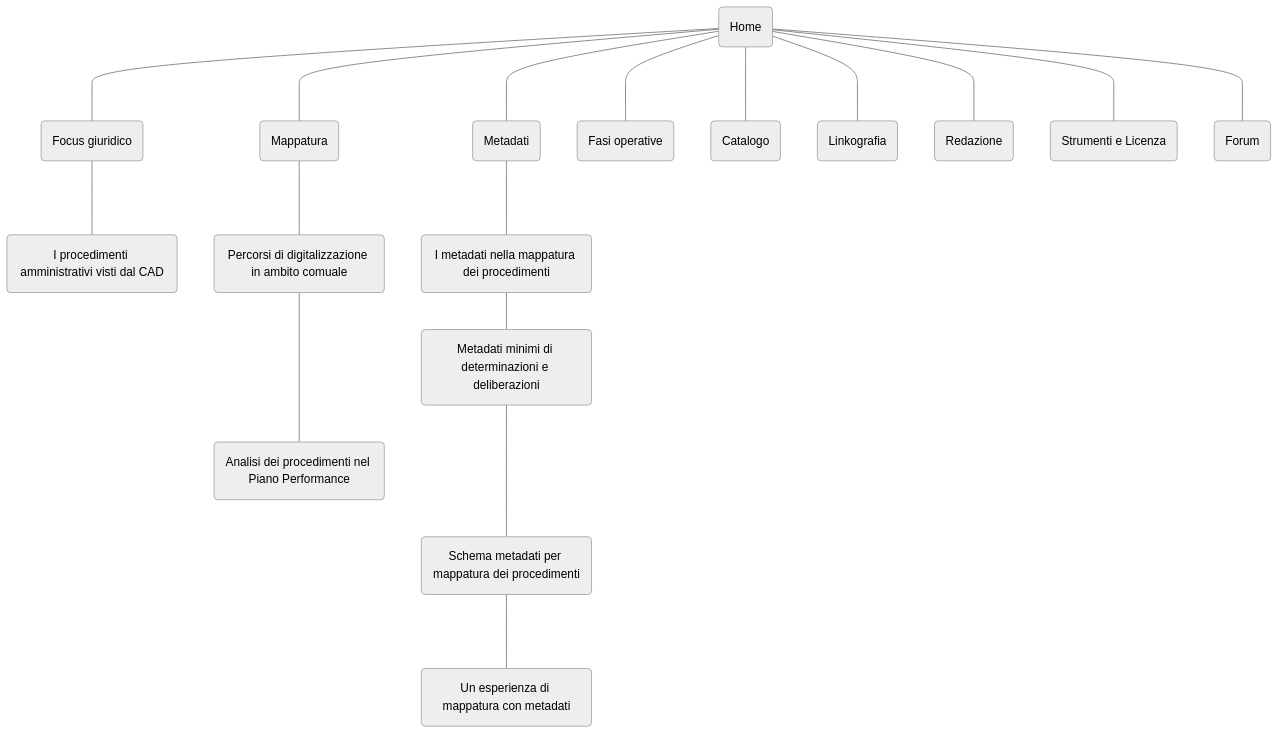
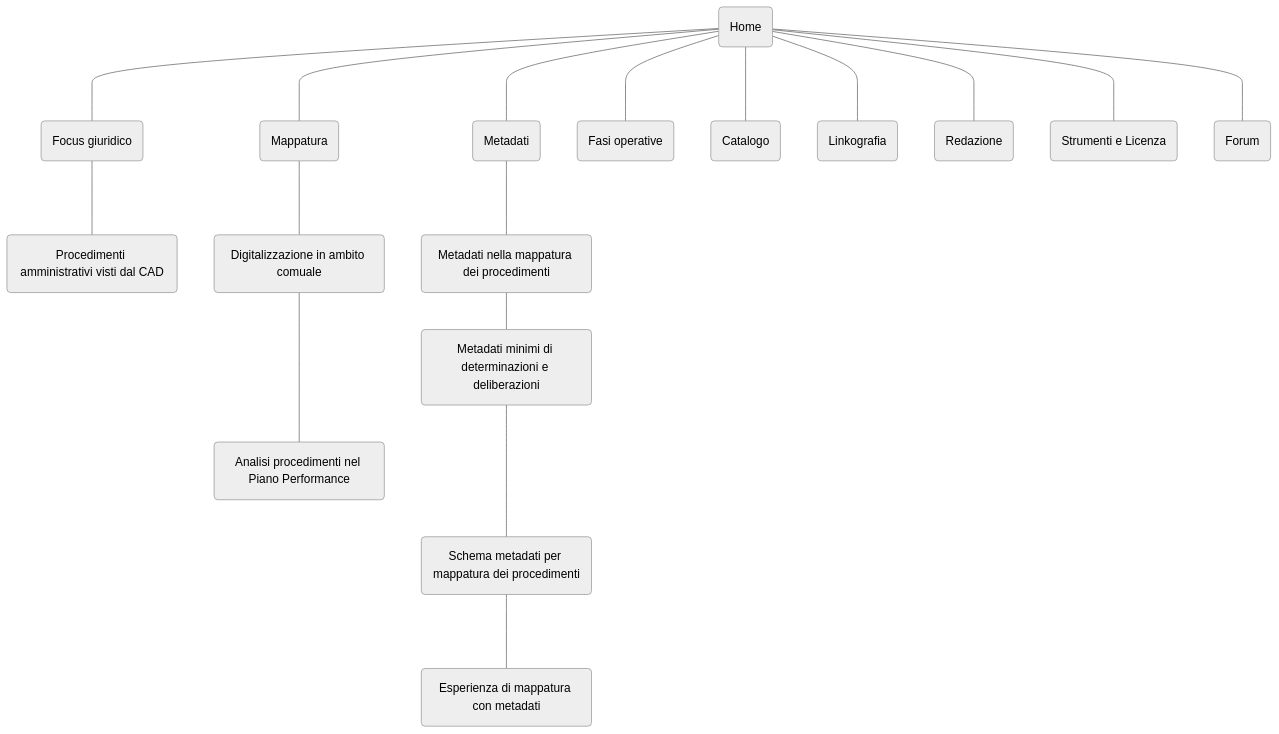
The diagram in docs/site-map.md (UO-TransizioneDigitaleComunePalermo/mappatura-procedimenti-amministrativi), drawn with Mermaid (neutral theme) before and after one commit. The commit also changed other lines of this file, not shown here.

````diff
--- a/docs/site-map.md
+++ b/docs/site-map.md
@@ -40,37 +42,37 @@
 ``` mermaid
 graph TB
 A(Home)
 A ---- B(Focus giuridico);
 A ---- C(Mappatura);
 A ---- D(Metadati);
 A ---- E(Fasi operative);
 A ---- F(Catalogo);
 A ---- G(Linkografia);
 A ---- H(Redazione);
 A ---- I(Strumenti e Licenza);
 A ---- L(Forum);
-B ---- B1(I procedimenti amministrativi visti dal CAD);
-C ---- C1(Percorsi di digitalizzazione in ambito comuale);
-C1 ---- C2(Analisi dei procedimenti nel Piano Performance);
-D ---- D1(I metadati nella mappatura dei procedimenti);
+B ---- B1(Procedimenti amministrativi visti dal CAD);
+C ---- C1(Digitalizzazione in ambito comuale);
+C1 ---- C2(Analisi procedimenti nel Piano Performance);
+D ---- D1(Metadati nella mappatura dei procedimenti);
 D1 --- D2(Metadati minimi di determinazioni e deliberazioni);
 D2 ---- D3(Schema metadati per mappatura dei procedimenti);
-D3 ---- D4(Un esperienza di mappatura con metadati);
+D3 ---- D4(Esperienza di mappatura con metadati);
 click A "https://uo-transizionedigitalecomunepalermo.github.io/mappatura-procedimenti-amministrativi/" _self
 click B "https://uo-transizionedigitalecomunepalermo.github.io/mappatura-procedimenti-amministrativi/contenuti/focus-giuridico/" _self
 click B1 "https://uo-transizionedigitalecomunepalermo.github.io/mappatura-procedimenti-amministrativi/contenuti/cad/" _self
 click C "https://uo-transizionedigitalecomunepalermo.github.io/mappatura-procedimenti-amministrativi/contenuti/digitalizzazione-ambito-comunale/" _self
 click C1 "https://uo-transizionedigitalecomunepalermo.github.io/mappatura-procedimenti-amministrativi/contenuti/digitalizzazione-ambito-comunale/" _self
 click C2 "https://uo-transizionedigitalecomunepalermo.github.io/mappatura-procedimenti-amministrativi/contenuti/esperienza-analisi/" _self
 click D "https://uo-transizionedigitalecomunepalermo.github.io/mappatura-procedimenti-amministrativi/contenuti/metadati/" _self
 click D1 "https://uo-transizionedigitalecomunepalermo.github.io/mappatura-procedimenti-amministrativi/contenuti/metadati/" _self
 click D2 "https://uo-transizionedigitalecomunepalermo.github.io/mappatura-procedimenti-amministrativi/contenuti/metadati-determinazione-deliberazione/" _self
 click D3 "https://uo-transizionedigitalecomunepalermo.github.io/mappatura-procedimenti-amministrativi/contenuti/schema-metadati/" _self
 click D4 "https://uo-transizionedigitalecomunepalermo.github.io/mappatura-procedimenti-amministrativi/contenuti/esperienza-metadatazione/" _self
 click E "https://uo-transizionedigitalecomunepalermo.github.io/mappatura-procedimenti-amministrativi/contenuti/fasi-operative/" _self
 click F "https://uo-transizionedigitalecomunepalermo.github.io/mappatura-procedimenti-amministrativi/contenuti/catalogo/" _self
 click G "https://uo-transizionedigitalecomunepalermo.github.io/mappatura-procedimenti-amministrativi/contenuti/linkografia/" _self
 click H "https://uo-transizionedigitalecomunepalermo.github.io/mappatura-procedimenti-amministrativi/contenuti/redazione/" _self
 click I "https://uo-transizionedigitalecomunepalermo.github.io/mappatura-procedimenti-amministrativi/contenuti/strumenti/" _self
 click L "https://github.com/UO-TransizioneDigitaleComunePalermo/mappatura-procedimenti-amministrativi/discussions" _self
 ```
````
